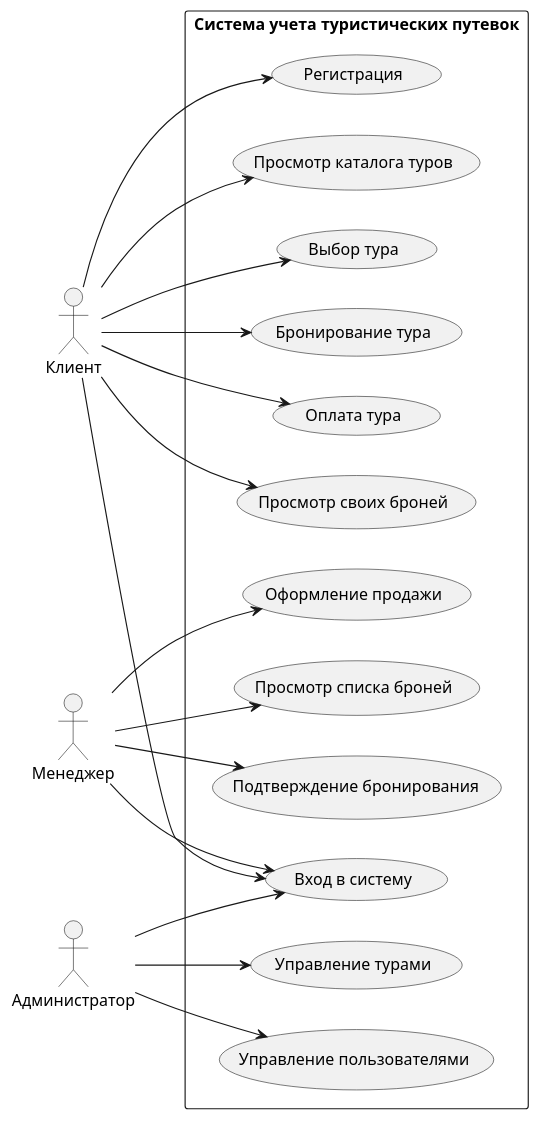
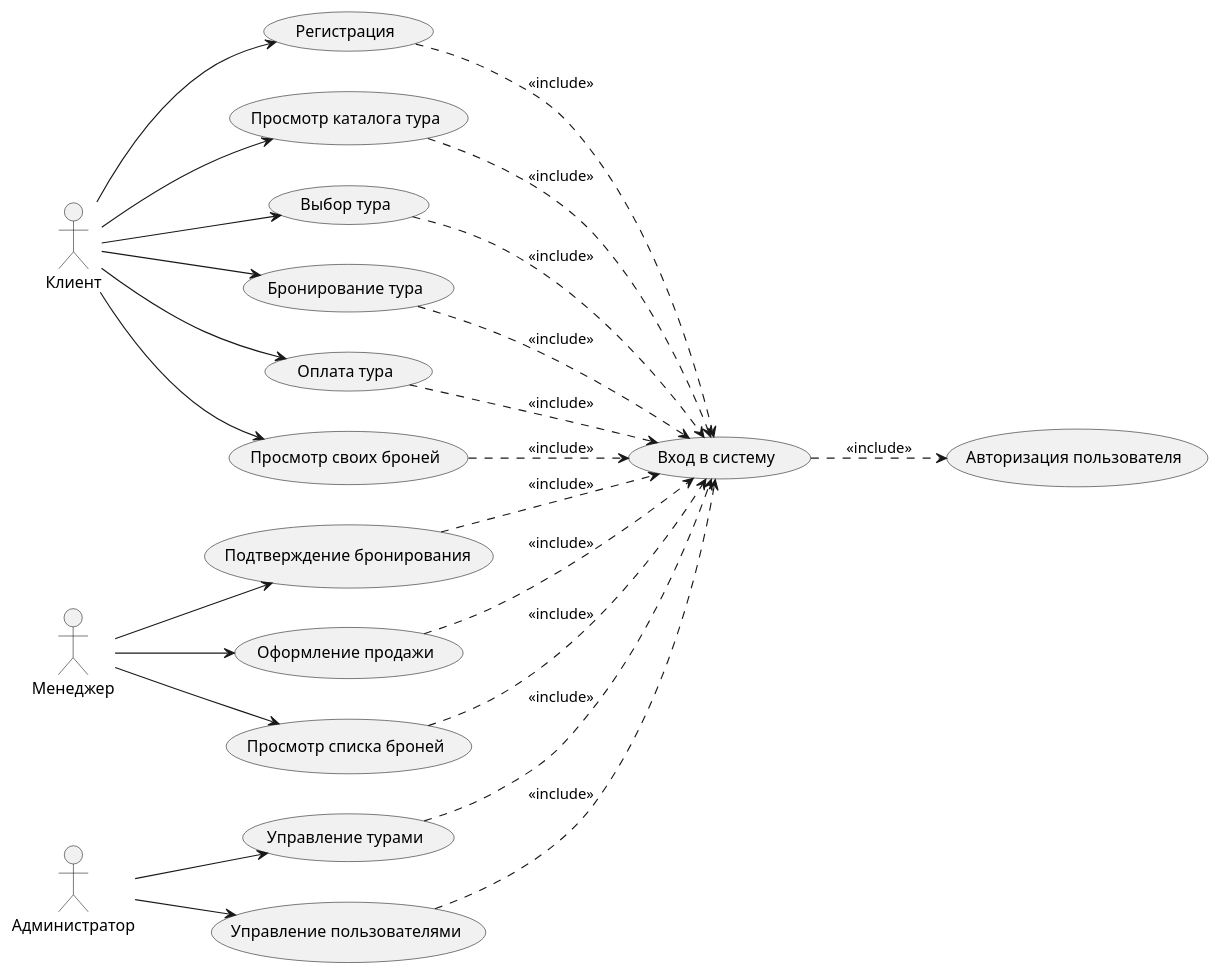
One commit to ego1sto666/inf-lab2 changed the diagram in docs/diagrams/use_case.puml. Above: the diagram before and after it, drawn with PlantUML.

Commit message:
Update use case diagram

```diff
--- a/docs/diagrams/use_case.puml
+++ b/docs/diagrams/use_case.puml
@@ -1,27 +1,41 @@
 @startuml
 left to right direction
 skinparam packageStyle rectangle
 
 actor "Клиент" as Client
 actor "Менеджер" as Manager
 actor "Администратор" as Admin
 
-rectangle "Система учета туристических путевок" {
-    Client --> (Регистрация)
-    Client --> (Вход в систему)
-    Client --> (Просмотр каталога туров)
-    Client --> (Выбор тура)
-    Client --> (Бронирование тура)
-    Client --> (Оплата тура)
-    Client --> (Просмотр своих броней)
 
-    Manager --> (Вход в систему)
-    Manager --> (Подтверждение бронирования)
-    Manager --> (Оформление продажи)
-    Manager --> (Просмотр списка броней)
+Client --> (Регистрация)
+Client --> (Просмотр каталога тура)
+Client --> (Выбор тура)
+Client --> (Бронирование тура)
+Client --> (Оплата тура)
+Client --> (Просмотр своих броней)
 
-    Admin --> (Вход в систему)
-    Admin --> (Управление турами)
-    Admin --> (Управление пользователями)
-}
+(Регистрация) ..> (Вход в систему) : <<include>>
+(Просмотр каталога тура) ..> (Вход в систему) : <<include>>
+(Выбор тура) ..> (Вход в систему) : <<include>>
+(Бронирование тура) ..> (Вход в систему) : <<include>>
+(Оплата тура) ..> (Вход в систему) : <<include>>
+(Просмотр своих броней) ..> (Вход в систему) : <<include>>
+
+
+
+Manager --> (Подтверждение бронирования)
+Manager --> (Оформление продажи)
+Manager --> (Просмотр списка броней)
+
+(Подтверждение бронирования) ..> (Вход в систему) : <<include>>
+(Оформление продажи) ..> (Вход в систему) : <<include>>
+(Просмотр списка броней) ..> (Вход в систему) : <<include>>
+
+Admin --> (Управление турами)
+Admin --> (Управление пользователями)
+
+(Управление турами) ..> (Вход в систему) : <<include>>
+(Управление пользователями) ..> (Вход в систему) : <<include>>
+
+(Вход в систему) ..> (Авторизация пользователя) : <<include>>
 @enduml
```
